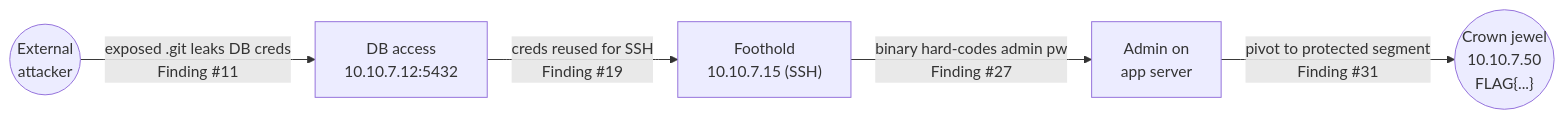
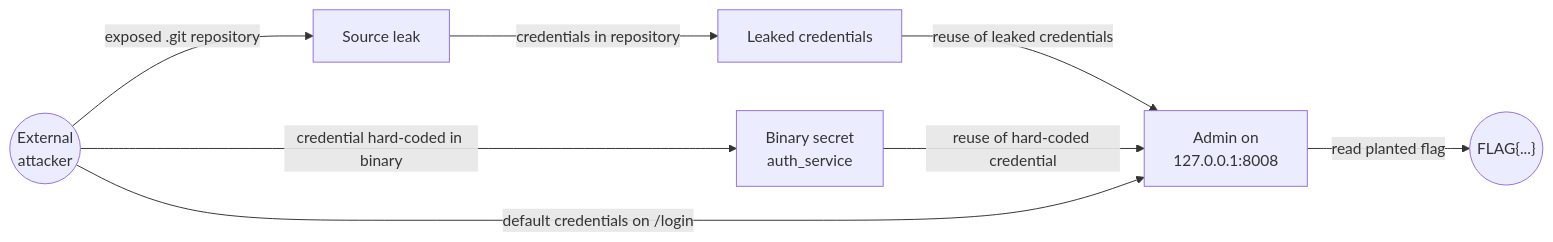
The eighth of 10 diagrams in README.md (hrdk6/Mitigata-Hackathon), drawn with Mermaid before and after one commit. The commit also changed other lines of this file and 1 other file, not shown here.

````diff
--- a/README.md
+++ b/README.md
@@ -660,7 +641,10 @@
 ```mermaid
 flowchart LR
-    EXT(("External<br/>attacker")) -->|"exposed .git leaks DB creds<br/>Finding #11"| DB["DB access<br/>10.10.7.12:5432"]
-    DB -->|"creds reused for SSH<br/>Finding #19"| SSH["Foothold<br/>10.10.7.15 (SSH)"]
-    SSH -->|"binary hard-codes admin pw<br/>Finding #27"| ADM["Admin on<br/>app server"]
-    ADM -->|"pivot to protected segment<br/>Finding #31"| CJ(("Crown jewel<br/>10.10.7.50<br/>FLAG{...}"))
+    EXT(("External<br/>attacker")) -->|"exposed .git repository"| LEAK["Source leak"]
+    LEAK -->|"credentials in repository"| CREDS["Leaked credentials"]
+    CREDS -->|"reuse of leaked credentials"| ADM["Admin on<br/>127.0.0.1:8008"]
+    EXT -->|"credential hard-coded in binary"| BIN["Binary secret<br/>auth_service"]
+    BIN -->|"reuse of hard-coded credential"| ADM
+    EXT -->|"default credentials on /login"| ADM
+    ADM -->|"read planted flag"| FLAG(("FLAG{...}"))
 ```
````
